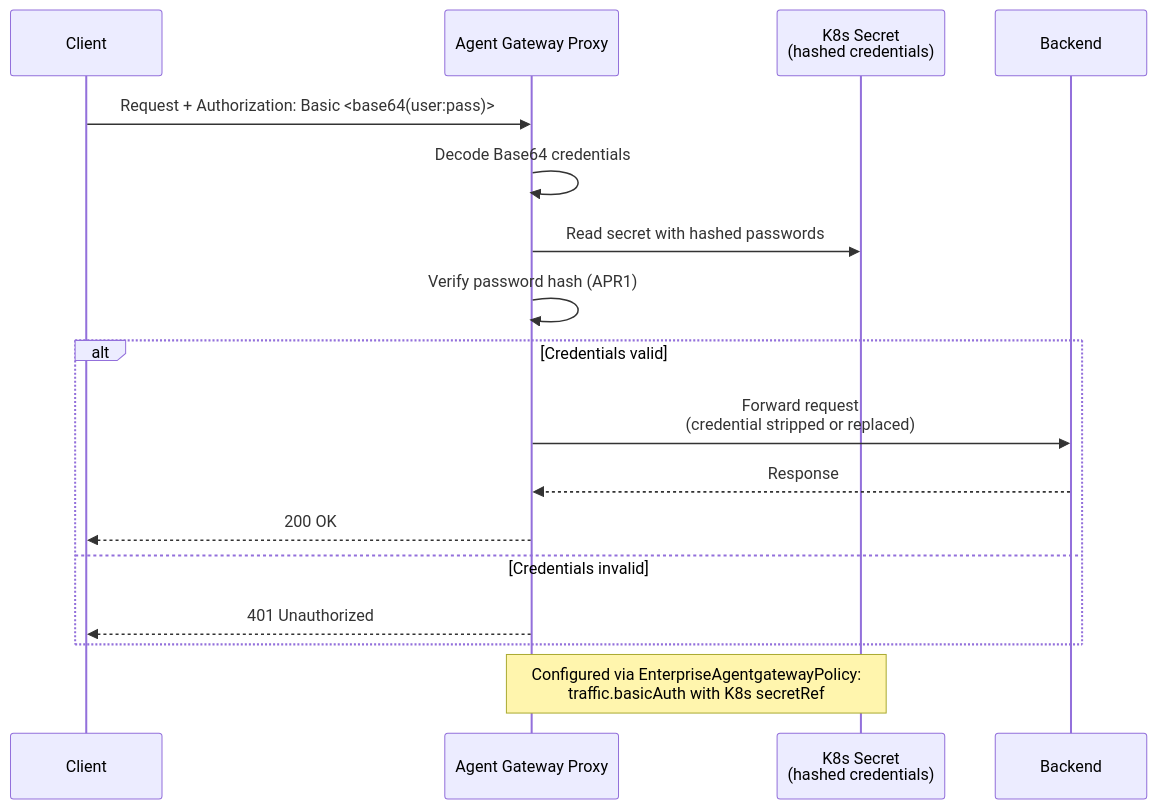
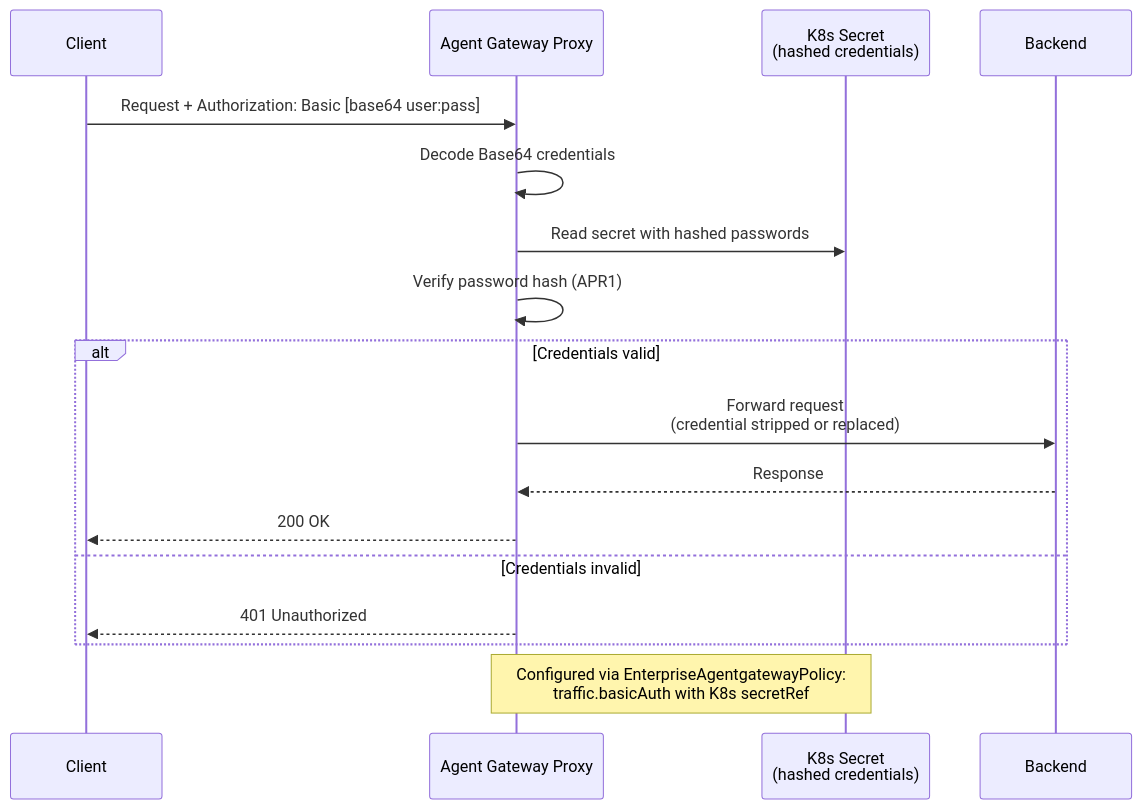
Before and after one commit to coryjett/solo-misc-workshops: the tenth of 15 diagrams in token-flow-diagrams/agent-gateway-token-flows.md, drawn with Mermaid. The commit also changed other lines of this file and 1 other file, not shown here.

First line of the commit message:
Fix Mermaid syntax errors: replace angle brackets with square brackets in diagrams

````diff
--- a/token-flow-diagrams/agent-gateway-token-flows.md
+++ b/token-flow-diagrams/agent-gateway-token-flows.md
@@ -279,22 +279,22 @@
 ```mermaid
 sequenceDiagram
     participant Client
     participant AGW as Agent Gateway Proxy
     participant K8s as K8s Secret<br/>(hashed credentials)
     participant Backend as Backend
 
-    Client->>AGW: Request + Authorization: Basic <base64(user:pass)>
+    Client->>AGW: Request + Authorization: Basic [base64 user:pass]
     AGW->>AGW: Decode Base64 credentials
     AGW->>K8s: Read secret with hashed passwords
     AGW->>AGW: Verify password hash (APR1)
 
     alt Credentials valid
         AGW->>Backend: Forward request<br/>(credential stripped or replaced)
         Backend-->>AGW: Response
         AGW-->>Client: 200 OK
     else Credentials invalid
         AGW-->>Client: 401 Unauthorized
     end
 
     Note over AGW,K8s: Configured via EnterpriseAgentgatewayPolicy:<br/>traffic.basicAuth with K8s secretRef
 ```
````
